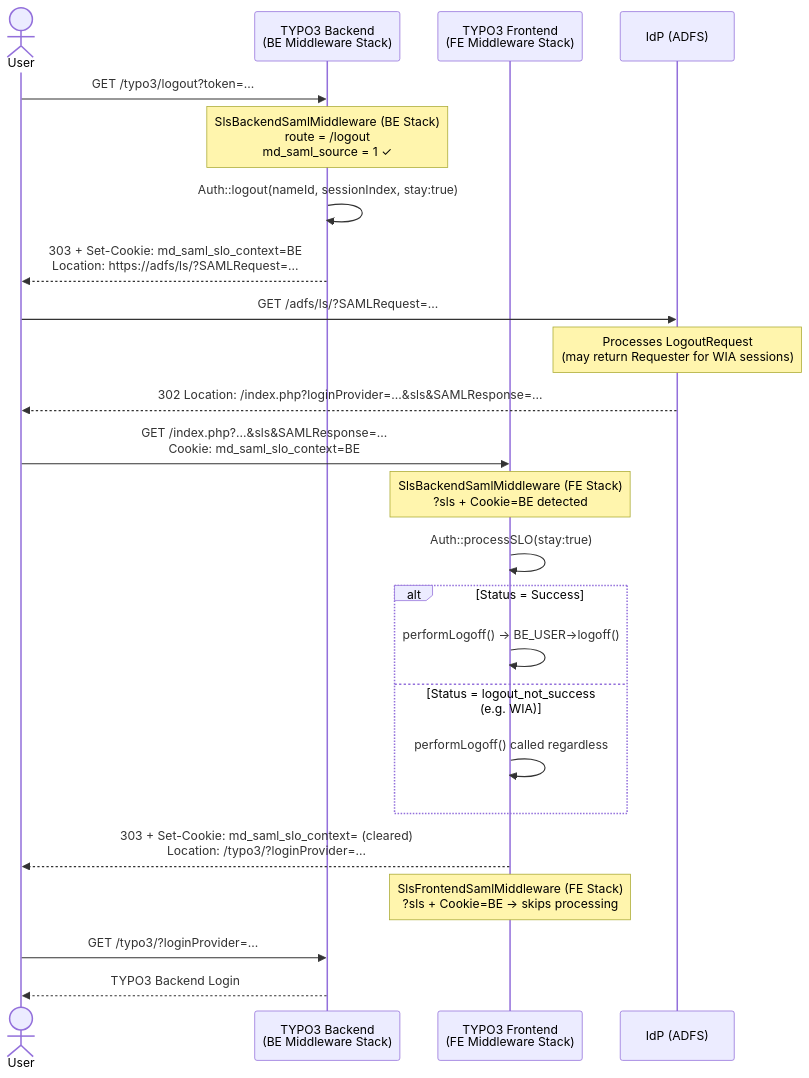
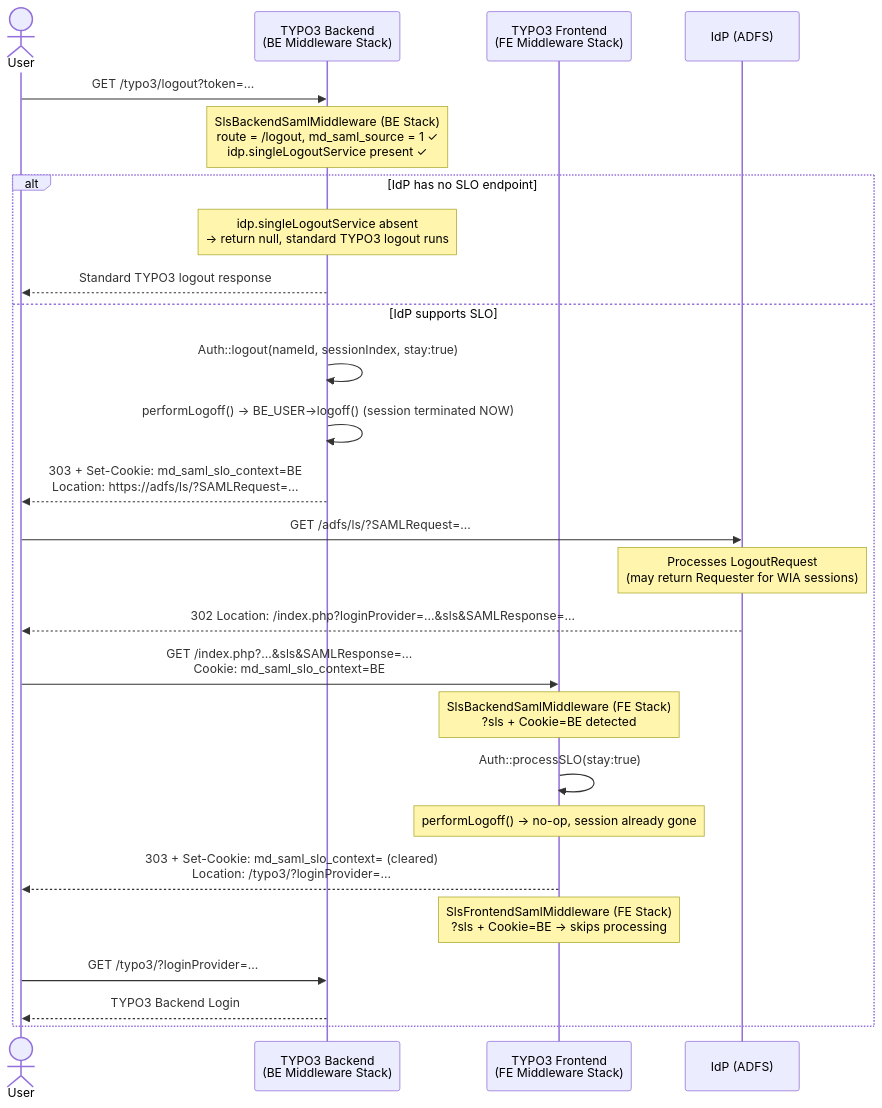
One commit to cdaecke/md_saml changed the diagram in Documentation/BackendLogout.md. Above: the diagram before and after it, drawn with Mermaid. The commit also changed other lines of this file and 5 other files, not shown here.

First line of the commit message:
[BUGFIX] make sure, that the BE/FE logout is working even if there is no logout service at the IdPs end or the IdP does not return for some reason.

````diff
--- a/Documentation/BackendLogout.md
+++ b/Documentation/BackendLogout.md
@@ -26,36 +34,37 @@
 ```mermaid
 sequenceDiagram
     actor User
     participant BE as TYPO3 Backend<br/>(BE Middleware Stack)
     participant FE as TYPO3 Frontend<br/>(FE Middleware Stack)
     participant ADFS as IdP (ADFS)
 
     User->>BE: GET /typo3/logout?token=...
 
-    note over BE: SlsBackendSamlMiddleware (BE Stack)<br/>route = /logout<br/>md_saml_source = 1 ✓
+    note over BE: SlsBackendSamlMiddleware (BE Stack)<br/>route = /logout, md_saml_source = 1 ✓<br/>idp.singleLogoutService present ✓
 
-    BE->>BE: Auth::logout(nameId, sessionIndex, stay:true)
-    BE-->>User: 303 + Set-Cookie: md_saml_slo_context=BE<br/>Location: https://adfs/ls/?SAMLRequest=...
+    alt IdP has no SLO endpoint
+        note over BE: idp.singleLogoutService absent<br/>→ return null, standard TYPO3 logout runs
+        BE-->>User: Standard TYPO3 logout response
+    else IdP supports SLO
+        BE->>BE: Auth::logout(nameId, sessionIndex, stay:true)
+        BE->>BE: performLogoff() → BE_USER->logoff() (session terminated NOW)
+        BE-->>User: 303 + Set-Cookie: md_saml_slo_context=BE<br/>Location: https://adfs/ls/?SAMLRequest=...
 
-    User->>ADFS: GET /adfs/ls/?SAMLRequest=...
-    note over ADFS: Processes LogoutRequest<br/>(may return Requester for WIA sessions)
-    ADFS-->>User: 302 Location: /index.php?loginProvider=...&sls&SAMLResponse=...
+        User->>ADFS: GET /adfs/ls/?SAMLRequest=...
+        note over ADFS: Processes LogoutRequest<br/>(may return Requester for WIA sessions)
+        ADFS-->>User: 302 Location: /index.php?loginProvider=...&sls&SAMLResponse=...
 
-    User->>FE: GET /index.php?...&sls&SAMLResponse=...<br/>Cookie: md_saml_slo_context=BE
+        User->>FE: GET /index.php?...&sls&SAMLResponse=...<br/>Cookie: md_saml_slo_context=BE
 
-    note over FE: SlsBackendSamlMiddleware (FE Stack)<br/>?sls + Cookie=BE detected
+        note over FE: SlsBackendSamlMiddleware (FE Stack)<br/>?sls + Cookie=BE detected
 
-    FE->>FE: Auth::processSLO(stay:true)
-    alt Status = Success
-        FE->>FE: performLogoff() → BE_USER->logoff()
-    else Status = logout_not_success (e.g. WIA)
-        FE->>FE: performLogoff() called regardless
+        FE->>FE: Auth::processSLO(stay:true)
+        note over FE: performLogoff() → no-op, session already gone
+        FE-->>User: 303 + Set-Cookie: md_saml_slo_context= (cleared)<br/>Location: /typo3/?loginProvider=...
+
+        note over FE: SlsFrontendSamlMiddleware (FE Stack)<br/>?sls + Cookie=BE → skips processing
+
+        User->>BE: GET /typo3/?loginProvider=...
+        BE-->>User: TYPO3 Backend Login
     end
-
-    FE-->>User: 303 + Set-Cookie: md_saml_slo_context= (cleared)<br/>Location: /typo3/?loginProvider=...
-
-    note over FE: SlsFrontendSamlMiddleware (FE Stack)<br/>?sls + Cookie=BE → skips processing
-
-    User->>BE: GET /typo3/?loginProvider=...
-    BE-->>User: TYPO3 Backend Login
 ```
````
